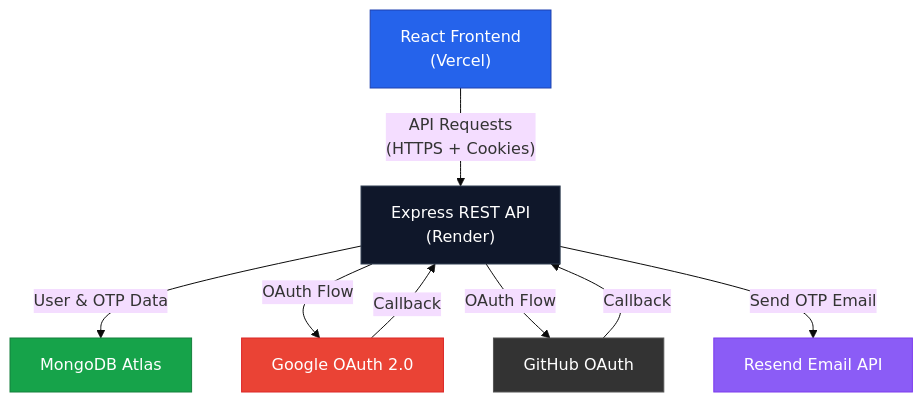
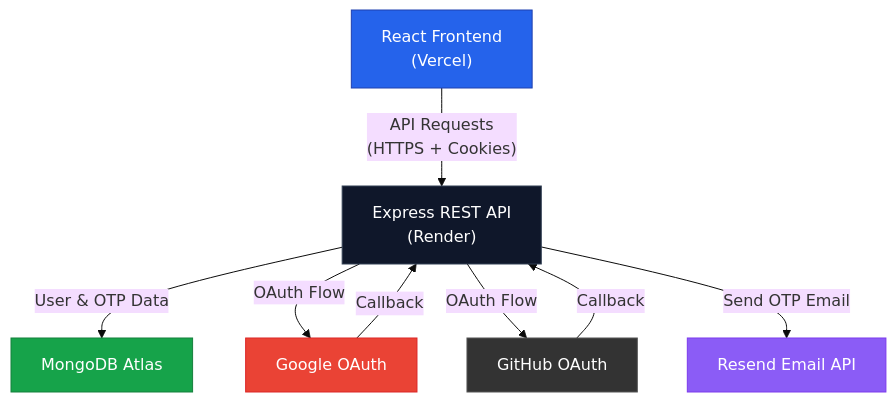
Before and after one commit to ayesha-devx/cbite-auth: the diagram in README.md, drawn with Mermaid (base theme). The commit also changed other lines of this file, not shown here.

````diff
--- a/README.md
+++ b/README.md
@@ -111,25 +111,25 @@
 ```mermaid
 graph TB
     Client["React Frontend<br/>(Vercel)"]
     API["Express REST API<br/>(Render)"]
     DB["MongoDB Atlas"]
-    Google["Google OAuth 2.0"]
+    Google["Google OAuth"]
     GitHub["GitHub OAuth"]
     Resend["Resend Email API"]
 
     Client -->|"API Requests<br/>(HTTPS + Cookies)"| API
     API -->|"User & OTP Data"| DB
     API -->|"OAuth Flow"| Google
     API -->|"OAuth Flow"| GitHub
     API -->|"Send OTP Email"| Resend
 
     Google -->|"Callback"| API
     GitHub -->|"Callback"| API
 
     style Client fill:#2563eb,stroke:#1e40af,color:#fff
     style API fill:#0f172a,stroke:#334155,color:#fff
     style DB fill:#16a34a,stroke:#15803d,color:#fff
     style Google fill:#ea4335,stroke:#dc2626,color:#fff
     style GitHub fill:#333,stroke:#555,color:#fff
     style Resend fill:#8b5cf6,stroke:#7c3aed,color:#fff
 ```
````
